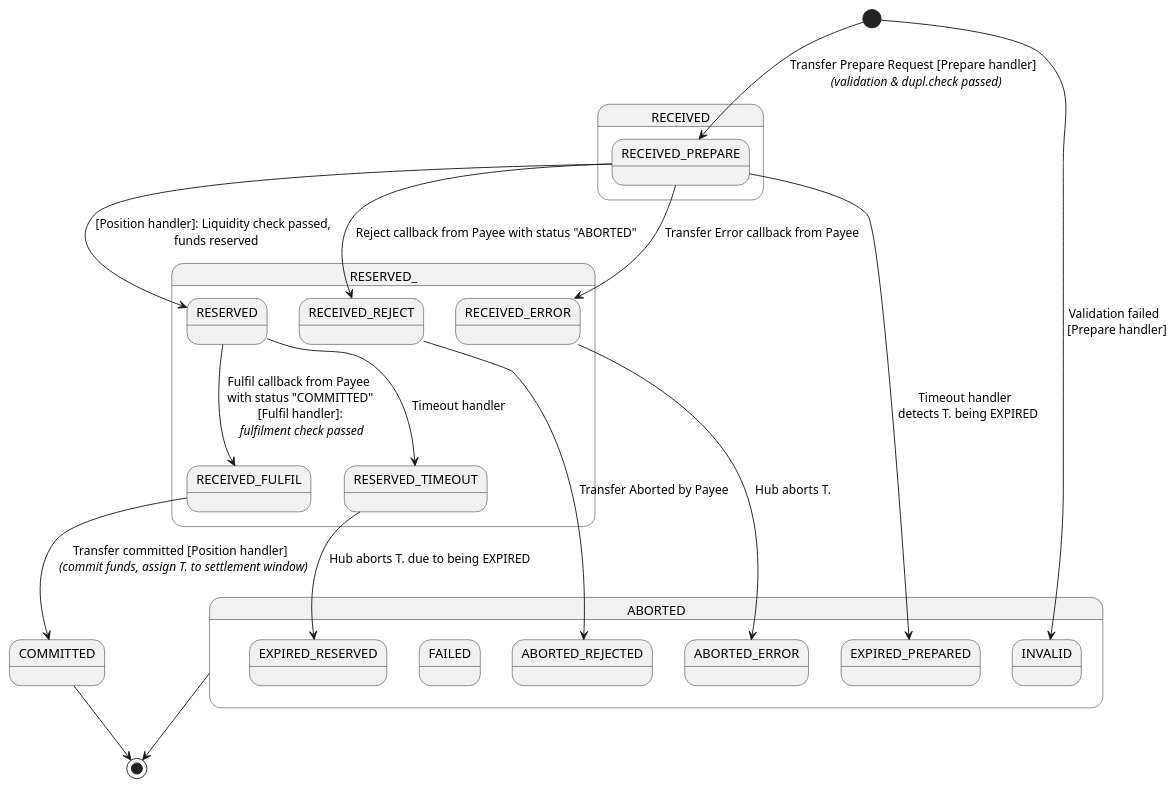
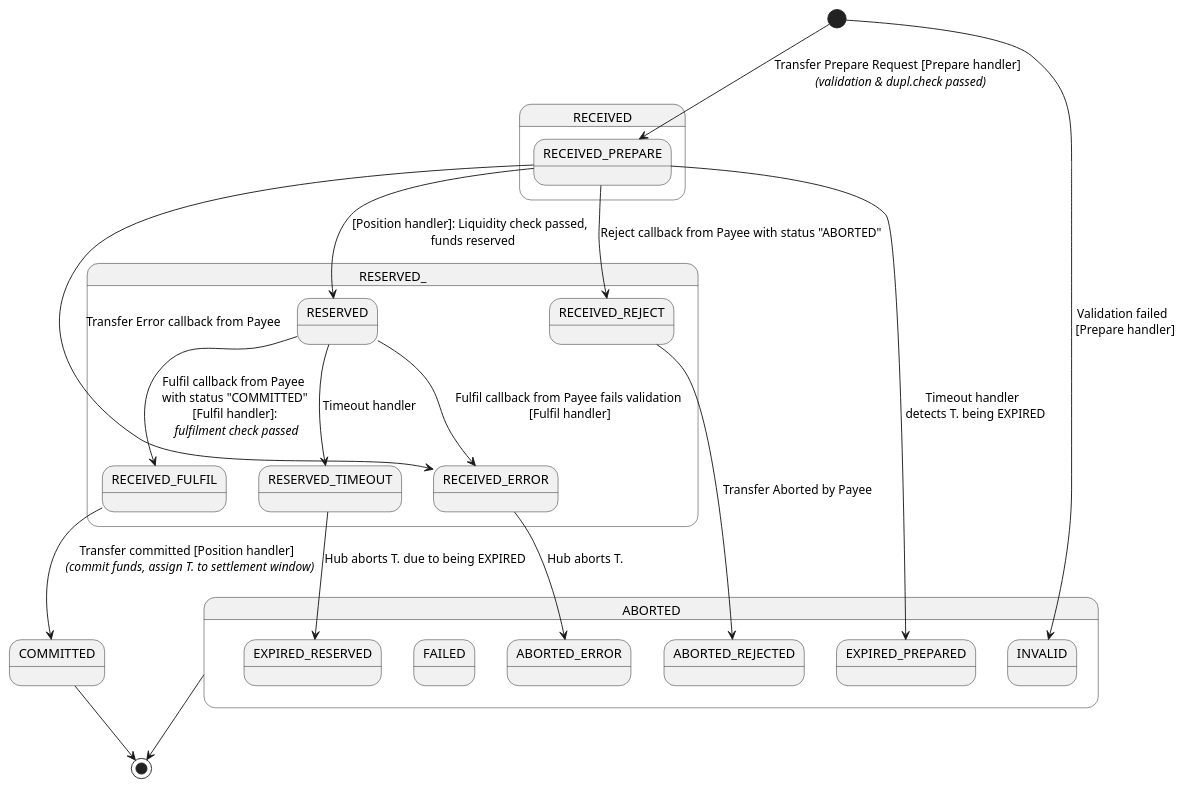
Before and after one commit to mojaloop/central-ledger: the diagram in documentation/state-diagrams/transfer-internal-states.plantuml, drawn with PlantUML. The commit also changed 1 other file, not shown here.

Commit message:
feat(mojaloop/#3818): added transfer state diagrams

```diff
--- a/documentation/state-diagrams/transfer-internal-states.plantuml
+++ b/documentation/state-diagrams/transfer-internal-states.plantuml
@@ -1,58 +1,59 @@
 @startuml
 
 state RECEIVED {
   state RECEIVED_PREPARE {
   }
 }
 
 state RESERVED_ {
   state RESERVED {
   }
   state RECEIVED_FULFIL {
   }
   state RESERVED_TIMEOUT {
   }
   state RECEIVED_REJECT {
   }
   state RECEIVED_ERROR {
   }
 }
 
 state COMMITTED {
 }
 
 state ABORTED {
   state ABORTED_ERROR {
   }
   state ABORTED_REJECTED {
   }
   state EXPIRED_PREPARED {
   }
   state EXPIRED_RESERVED {
   }
   state FAILED {
   }
   state INVALID {
   }
 }
 
 [*] --> RECEIVED_PREPARE : Transfer Prepare Request [Prepare handler] \n <i>(validation & dupl.check passed)</i>
 [*] --> INVALID : Validation failed \n [Prepare handler]
 RECEIVED_PREPARE --> RESERVED : [Position handler]: Liquidity check passed, \n funds reserved
 RECEIVED_PREPARE --> RECEIVED_REJECT : Reject callback from Payee with status "ABORTED"
 RECEIVED_PREPARE --> RECEIVED_ERROR : Transfer Error callback from Payee
 
 RECEIVED_FULFIL --> COMMITTED : Transfer committed [Position handler] \n <i>(commit funds, assign T. to settlement window)</i>
 
 RECEIVED_REJECT --> ABORTED_REJECTED : Transfer Aborted by Payee
 RECEIVED_ERROR --> ABORTED_ERROR : Hub aborts T.
 RECEIVED_PREPARE --> EXPIRED_PREPARED : Timeout handler \n detects T. being EXPIRED
 
 RESERVED --> RECEIVED_FULFIL : Fulfil callback from Payee \n with status "COMMITTED" \n [Fulfil handler]: \n <i>fulfilment check passed</i>
+RESERVED --> RECEIVED_ERROR : Fulfil callback from Payee fails validation\n [Fulfil handler]
 RESERVED --> RESERVED_TIMEOUT : Timeout handler
 RESERVED_TIMEOUT --> EXPIRED_RESERVED : Hub aborts T. due to being EXPIRED
 
 COMMITTED --> [*]
 ABORTED --> [*]
 
 @enduml
```
